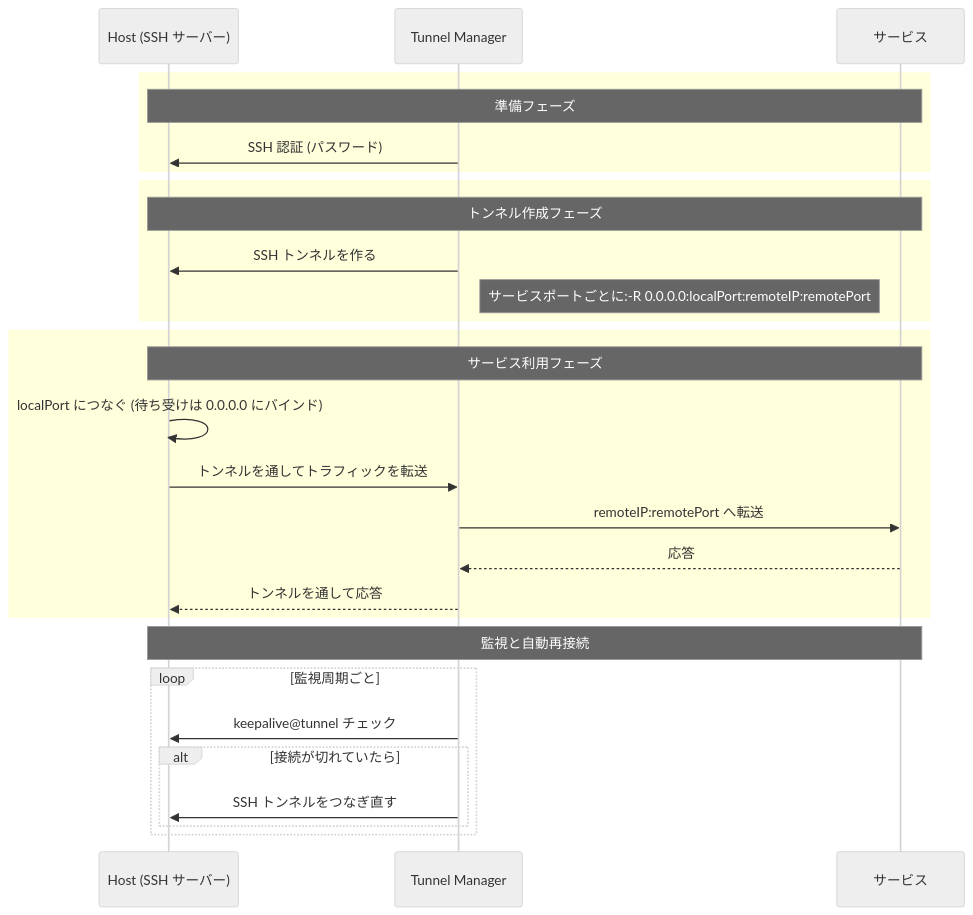
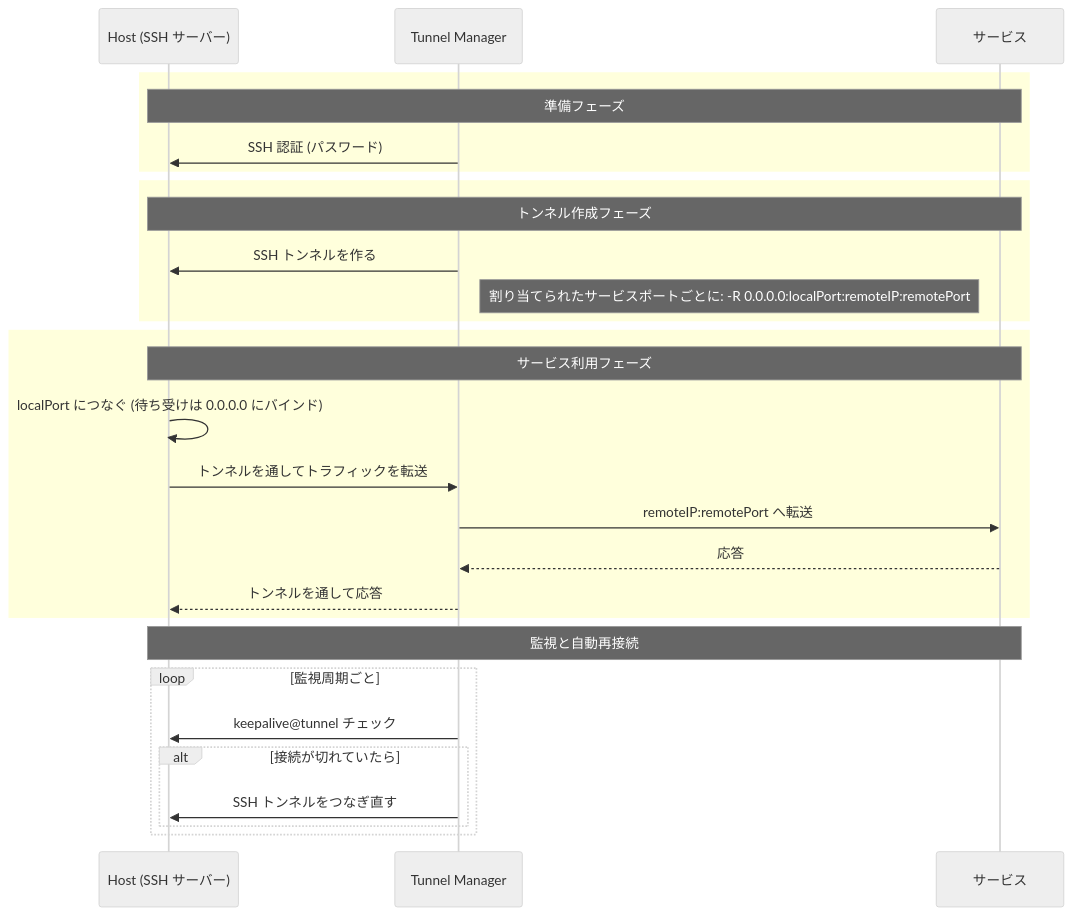
The diagram in docs/reference.ja.md (jollaman999/tunnel-manager), drawn with Mermaid (neutral theme) before and after one commit. The commit also changed 7 other files, not shown here.

Commit message:
docs: Link the four languages to each other and name the assignment in the diagram

````diff
--- a/docs/reference.ja.md
+++ b/docs/reference.ja.md
@@ -181,34 +181,34 @@
 ```mermaid
 sequenceDiagram
     participant Host as Host (SSH サーバー)
     participant Bastion as Tunnel Manager
     participant WAS as サービス
 
     rect rgb(255, 255, 220)
         Note over Host,WAS: 準備フェーズ
         Bastion->>Host: SSH 認証 (パスワード)
     end
 
     rect rgb(255, 255, 220)
         Note over Host,WAS: トンネル作成フェーズ
         Bastion->>Host: SSH トンネルを作る
-        Note right of Bastion: サービスポートごとに:-R 0.0.0.0:localPort:remoteIP:remotePort
+        Note right of Bastion: 割り当てられたサービスポートごとに: -R 0.0.0.0:localPort:remoteIP:remotePort
     end
 
     rect rgb(255, 255, 220)
         Note over Host,WAS: サービス利用フェーズ
         Host->>Host: localPort につなぐ (待ち受けは 0.0.0.0 にバインド)
         Host->>Bastion: トンネルを通してトラフィックを転送
         Bastion->>WAS: remoteIP:remotePort へ転送
         WAS-->>Bastion: 応答
         Bastion-->>Host: トンネルを通して応答
     end
 
     Note over Host,WAS: 監視と自動再接続
     loop 監視周期ごと
         Bastion->>Host: keepalive@tunnel チェック
         alt 接続が切れていたら
             Bastion->>Host: SSH トンネルをつなぎ直す
         end
     end
 ```
````
